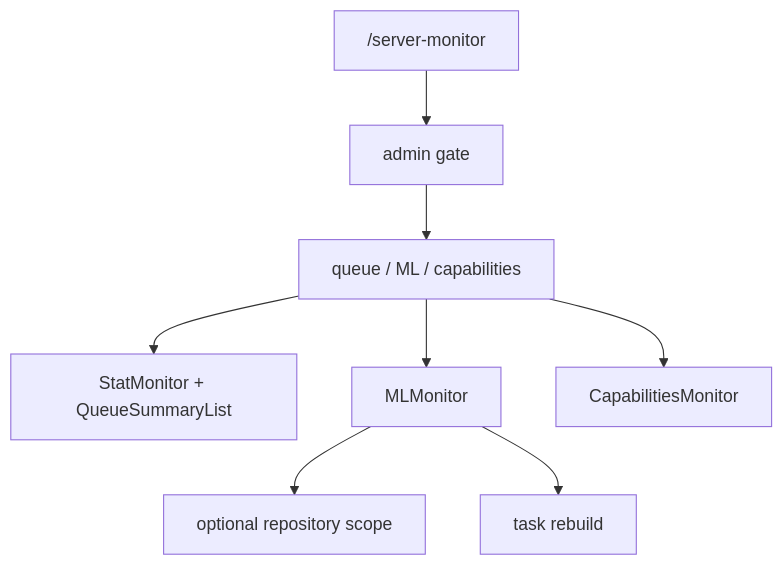
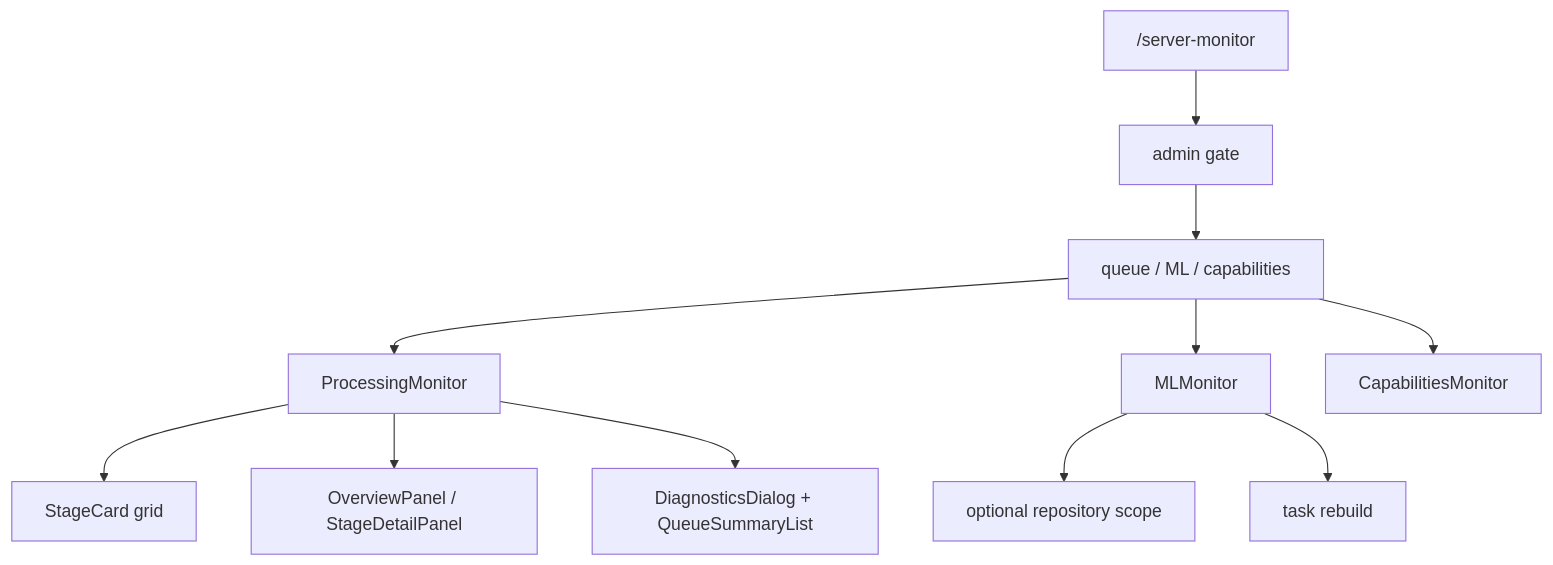
One commit to EdwinZhanCN/Lumilio-Photos changed the diagram in web/src/features/monitor/doc.md. Above: the diagram before and after it, drawn with Mermaid. The commit also changed other lines of this file and 42 other files, not shown here.

First line of the commit message:
feat(monitor): Processing stage grid with uniform stage cards

````diff
--- a/web/src/features/monitor/doc.md
+++ b/web/src/features/monitor/doc.md
@@ -23,10 +25,13 @@
 ```mermaid
 flowchart TD
     ROUTE["/server-monitor"] --> ADMIN["admin gate"]
     ADMIN --> TABS["queue / ML / capabilities"]
-    TABS --> QUEUE["StatMonitor + QueueSummaryList"]
+    TABS --> QUEUE["ProcessingMonitor"]
+    QUEUE --> GRID["StageCard grid"]
+    QUEUE --> PANEL["OverviewPanel / StageDetailPanel"]
+    QUEUE --> DIAG["DiagnosticsDialog + QueueSummaryList"]
     TABS --> ML["MLMonitor"]
     TABS --> CAP["CapabilitiesMonitor"]
     ML --> REPOSITORY["optional repository scope"]
     ML --> REBUILD["task rebuild"]
 ```
````
